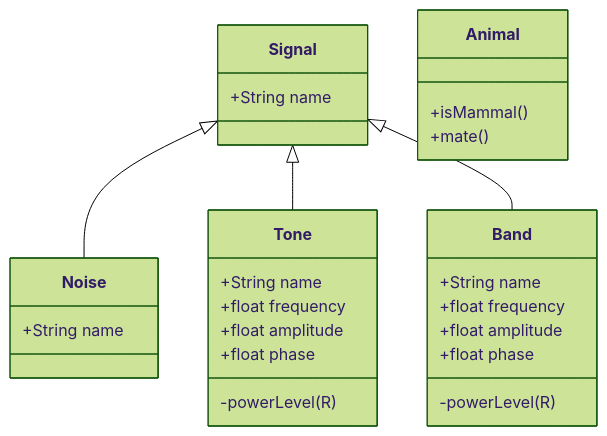
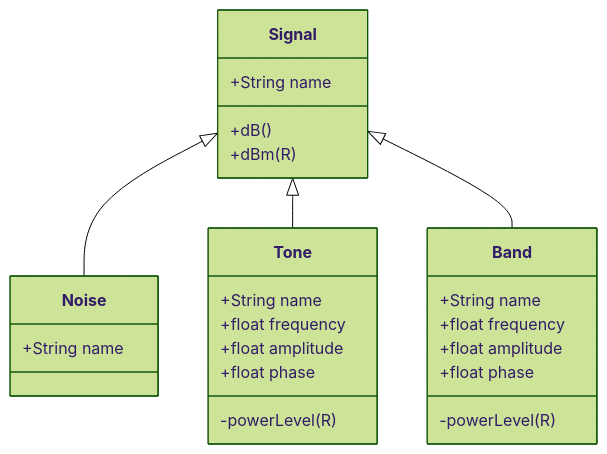
One commit to botondkirei/AmoRF changed the diagram in trunk/AmoRF.md. Above: the diagram before and after it, drawn with Mermaid (forest theme).

````diff
--- a/trunk/AmoRF.md
+++ b/trunk/AmoRF.md
@@ -1,26 +1,26 @@
 ```mermaid
 classDiagram
     Signal <|-- Noise
     Signal <|-- Tone
     Signal <|-- Band
     Signal : +String name
-    Animal: +isMammal()
-    Animal: +mate()
+    Signal: +dB()
+    Signal: +dBm(R)
     class Noise{
       +String name
     }
     class Tone{
       +String name
       +float frequency
       +float amplitude
       +float phase
       -powerLevel(R)
     }
     class Band{
       +String name
       +float frequency
       +float amplitude
       +float phase
       -powerLevel(R)
     }
 ```
````
